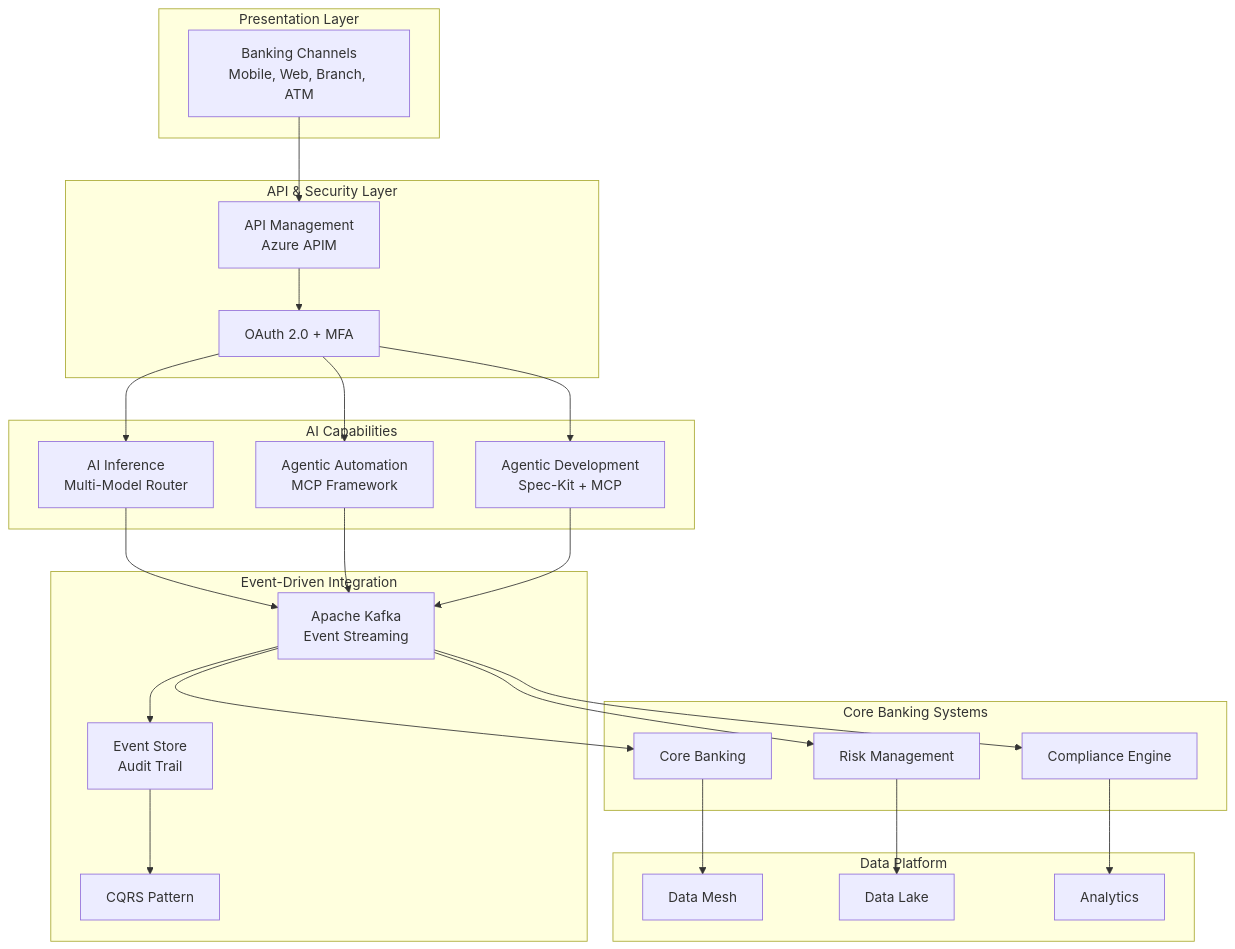
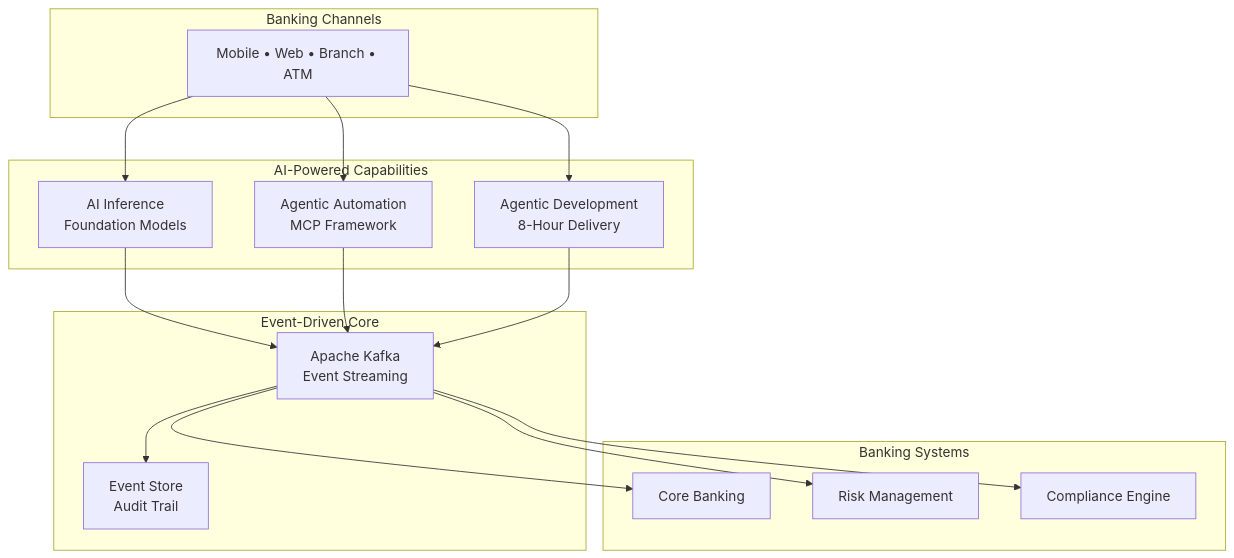
Before and after one commit to calvinlee999/AI-Platform-for-FinTech-Evolution: the diagram in README.md, drawn with Mermaid. The commit also changed other lines of this file and 6 other files, not shown here.

````diff
--- a/README.md
+++ b/README.md
@@ -408,56 +55,36 @@
 ```mermaid
 graph TB
-    subgraph "Presentation Layer"
-        Channels[Banking Channels<br/>Mobile, Web, Branch, ATM]
+    subgraph "Banking Channels"
+        Channels[Mobile • Web • Branch • ATM]
     end
     
-    subgraph "API & Security Layer"
-        APIM[API Management<br/>Azure APIM]
-        Auth[OAuth 2.0 + MFA]
+    subgraph "AI-Powered Capabilities"
+        Inference[AI Inference<br/>Foundation Models]
+        Agents[Agentic Automation<br/>MCP Framework]
+        DevPlatform[Agentic Development<br/>8-Hour Delivery]
     end
     
-    subgraph "AI Capabilities"
-        Inference[AI Inference<br/>Multi-Model Router]
-        Agents[Agentic Automation<br/>MCP Framework]
-        DevPlatform[Agentic Development<br/>Spec-Kit + MCP]
+    subgraph "Event-Driven Core"
+        EventBus[Apache Kafka<br/>Event Streaming]
+        EventStore[Event Store<br/>Audit Trail]
     end
     
-    subgraph "Event-Driven Integration"
-        EventBus[Apache Kafka<br/>Event Streaming]
-        EventStore[Event Store<br/>Audit Trail]
-        CQRS[CQRS Pattern]
-    end
-    
-    subgraph "Core Banking Systems"
+    subgraph "Banking Systems"
         CoreBanking[Core Banking]
-        RiskEngine[Risk Management]
+        Risk[Risk Management]
         Compliance[Compliance Engine]
     end
     
-    subgraph "Data Platform"
-        DataMesh[Data Mesh]
-        DataLake[Data Lake]
-        Analytics[Analytics]
-    end
-    
-    Channels --> APIM
-    APIM --> Auth
-    Auth --> Inference
-    Auth --> Agents
-    Auth --> DevPlatform
+    Channels --> Inference
+    Channels --> Agents
+    Channels --> DevPlatform
     
     Inference --> EventBus
     Agents --> EventBus
     DevPlatform --> EventBus
     
     EventBus --> EventStore
-    EventStore --> CQRS
-    
     EventBus --> CoreBanking
-    EventBus --> RiskEngine
+    EventBus --> Risk
     EventBus --> Compliance
-    
-    CoreBanking --> DataMesh
-    RiskEngine --> DataLake
-    Compliance --> Analytics
 ```
````
